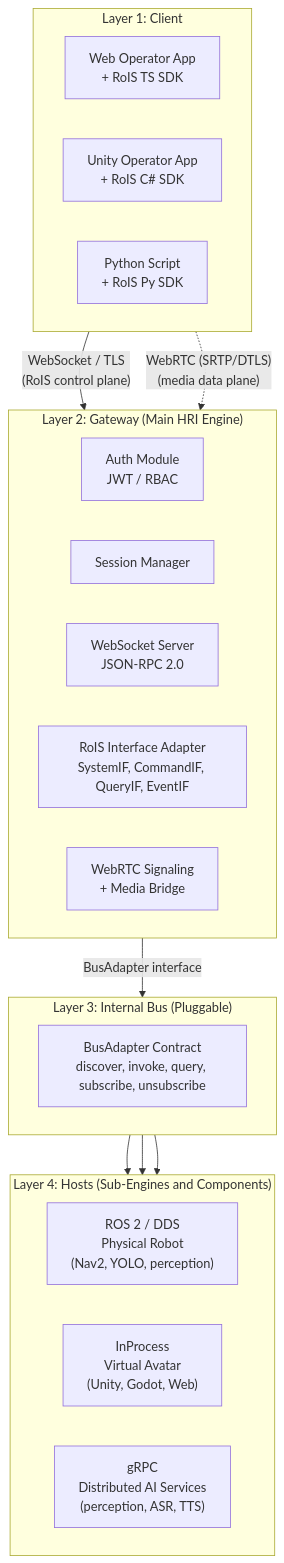
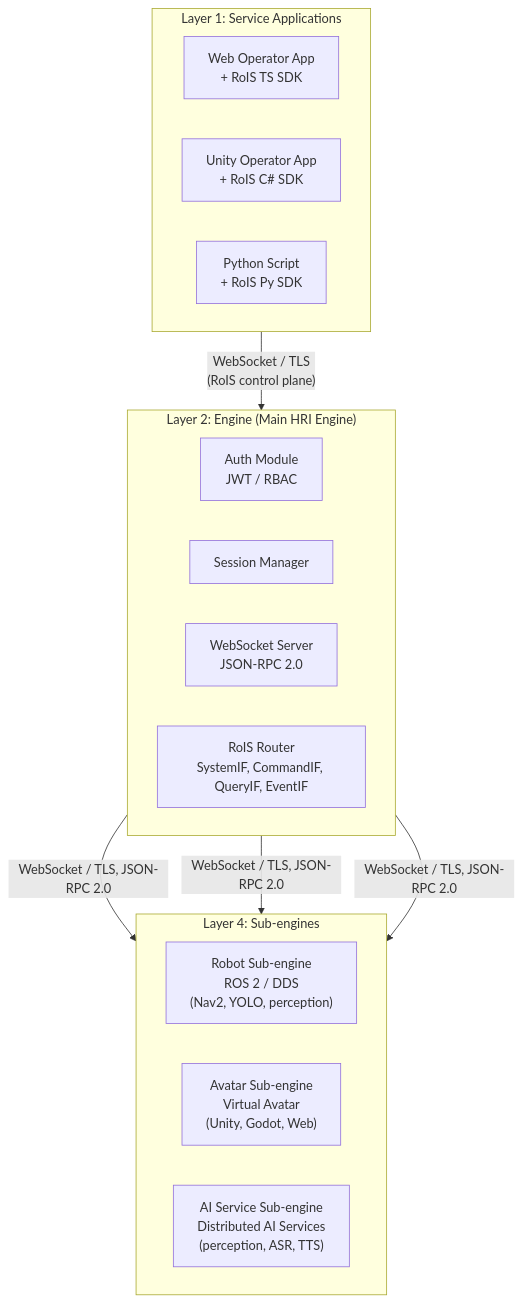
The diagram in docs/White Paper/layered-architecture.md (openrois/openrois-docs), drawn with Mermaid before and after one commit. The commit also changed other lines of this file and 12 other files, not shown here.

First line of the commit message:
docs: update Docusaurus split pages with sub-engine terminology

````diff
--- a/docs/White Paper/layered-architecture.md
+++ b/docs/White Paper/layered-architecture.md
@@ -11,37 +20,29 @@
 ```mermaid
 flowchart TB
-    subgraph L1["Layer 1: Client"]
+    subgraph L1["Layer 1: Service Applications"]
         direction LR
         WebApp["Web Operator App<br/>+ RoIS TS SDK"]
         UnityApp["Unity Operator App<br/>+ RoIS C# SDK"]
         PyScript["Python Script<br/>+ RoIS Py SDK"]
     end
 
-    subgraph L2["Layer 2: Gateway (Main HRI Engine)"]
+    subgraph L2["Layer 2: Engine (Main HRI Engine)"]
         direction LR
         Auth["Auth Module<br/>JWT / RBAC"]
         Session["Session Manager"]
         WSServer["WebSocket Server<br/>JSON-RPC 2.0"]
-        RoISAdapter["RoIS Interface Adapter<br/>SystemIF, CommandIF, QueryIF, EventIF"]
-        WebRTCBridge["WebRTC Signaling<br/>+ Media Bridge"]
+        RoISRouter["RoIS Router<br/>SystemIF, CommandIF, QueryIF, EventIF"]
     end
 
-    subgraph L3["Layer 3: Internal Bus (Pluggable)"]
+    subgraph L4["Layer 4: Sub-engines"]
         direction LR
-        BusAdapter["BusAdapter Contract<br/>discover, invoke, query, subscribe, unsubscribe"]
-    end
-
-    subgraph L4["Layer 4: Hosts (Sub-Engines and Components)"]
-        direction LR
-        Robot["ROS 2 / DDS<br/>Physical Robot<br/>(Nav2, YOLO, perception)"]
-        Avatar["InProcess<br/>Virtual Avatar<br/>(Unity, Godot, Web)"]
-        Services["gRPC<br/>Distributed AI Services<br/>(perception, ASR, TTS)"]
+        Robot["Robot Sub-engine<br/>ROS 2 / DDS<br/>(Nav2, YOLO, perception)"]
+        Avatar["Avatar Sub-engine<br/>Virtual Avatar<br/>(Unity, Godot, Web)"]
+        Services["AI Service Sub-engine<br/>Distributed AI Services<br/>(perception, ASR, TTS)"]
     end
 
     L1 -->|"WebSocket / TLS<br/>(RoIS control plane)"| L2
-    L1 -.->|"WebRTC (SRTP/DTLS)<br/>(media data plane)"| L2
-    L2 -->|"BusAdapter interface"| L3
-    L3 --> Robot
-    L3 --> Avatar
-    L3 --> Services
+    L2 -->|"WebSocket / TLS, JSON-RPC 2.0"| Robot
+    L2 -->|"WebSocket / TLS, JSON-RPC 2.0"| Avatar
+    L2 -->|"WebSocket / TLS, JSON-RPC 2.0"| Services
 ```
````
